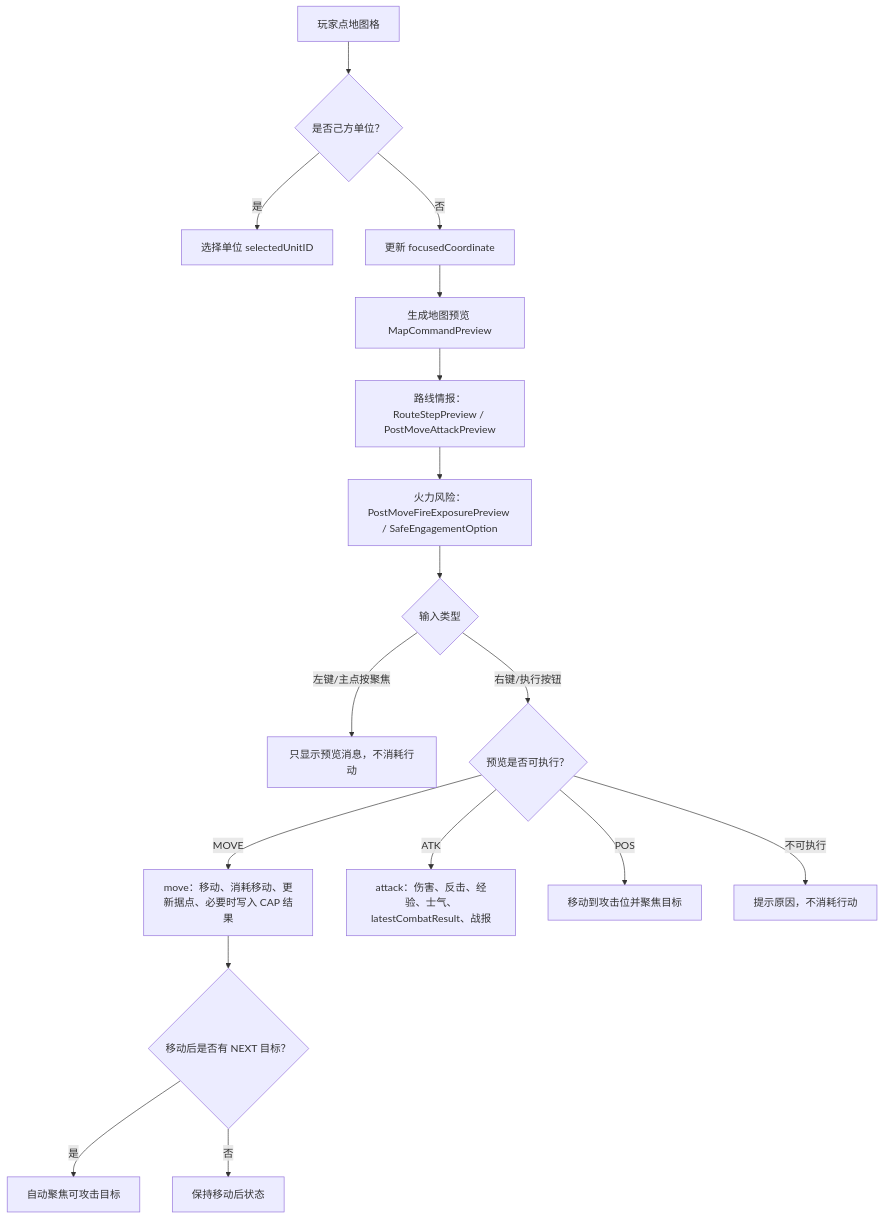
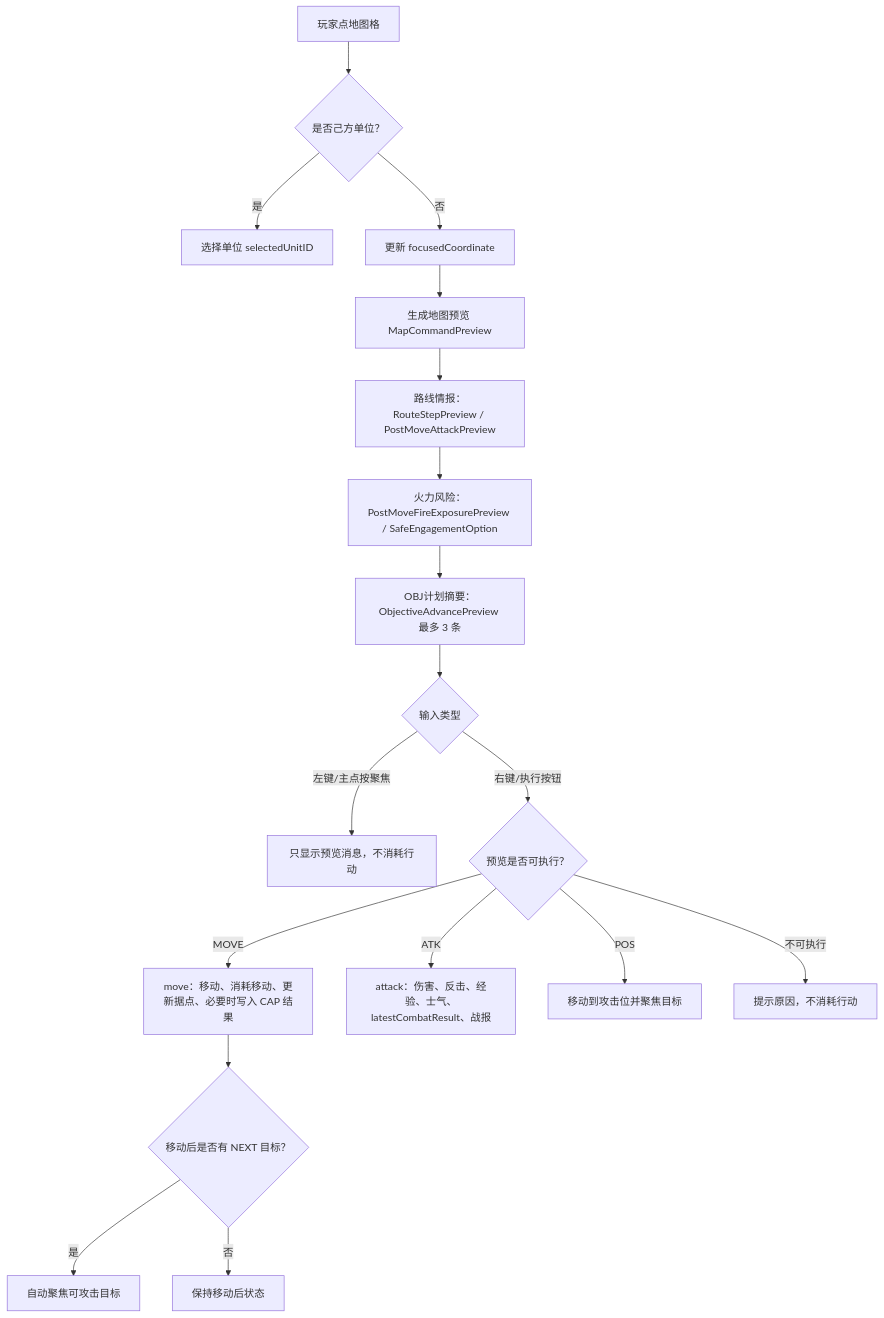
The second of 5 diagrams in md/flow/flowchart.md (Altman-sam114/116), drawn with Mermaid before and after one commit. The commit also changed other lines of this file and 10 other files, not shown here.

````diff
--- a/md/flow/flowchart.md
+++ b/md/flow/flowchart.md
@@ -26,19 +26,20 @@
 ```mermaid
 flowchart TD
   A["玩家点地图格"] --> B{"是否己方单位？"}
   B -->|是| C["选择单位 selectedUnitID"]
   B -->|否| D["更新 focusedCoordinate"]
   D --> E["生成地图预览 MapCommandPreview"]
   E --> R["路线情报：RouteStepPreview / PostMoveAttackPreview"]
   R --> X["火力风险：PostMoveFireExposurePreview / SafeEngagementOption"]
-  X --> F{"输入类型"}
+  X --> OP["OBJ计划摘要：ObjectiveAdvancePreview 最多 3 条"]
+  OP --> F{"输入类型"}
   F -->|左键/主点按聚焦| G["只显示预览消息，不消耗行动"]
   F -->|右键/执行按钮| H{"预览是否可执行？"}
   H -->|MOVE| I["move：移动、消耗移动、更新据点、必要时写入 CAP 结果"]
   H -->|ATK| J["attack：伤害、反击、经验、士气、latestCombatResult、战报"]
   H -->|POS| K["移动到攻击位并聚焦目标"]
   H -->|不可执行| L["提示原因，不消耗行动"]
   I --> M{"移动后是否有 NEXT 目标？"}
   M -->|是| N["自动聚焦可攻击目标"]
   M -->|否| O["保持移动后状态"]
 ```
````
